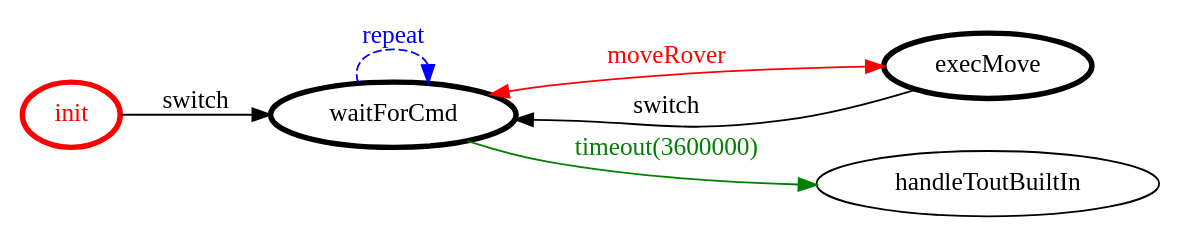
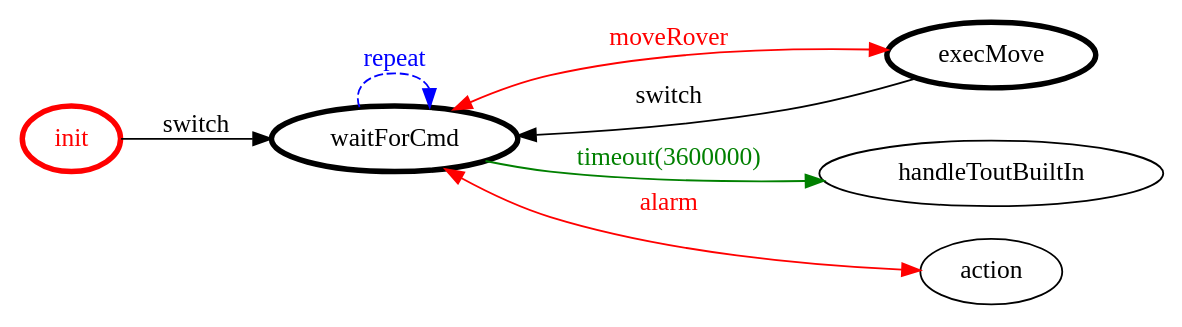
The diagram in it.unibo.mbot.virtual/srcMore/it/unibo/rover/rover.gv (MatteoMendula/iss2018Lab), drawn with Graphviz before and after one commit. The commit also changed 115 other files, not shown here.

```diff
--- a/it.unibo.mbot.virtual/srcMore/it/unibo/rover/rover.gv
+++ b/it.unibo.mbot.virtual/srcMore/it/unibo/rover/rover.gv
@@ -1,21 +1,22 @@
 /*
 *
 * A GraphViz DOT FSM description 
 * Please use a GraphViz visualizer (like http://www.webgraphviz.com)
 *  
 */
 
 digraph finite_state_machine {
 	rankdir=LR
 	size="8,5"
 	
 	init [ color = red ][ fontcolor = red ][ penwidth = 3 ]
 	execMove [ color = black ][ fontcolor = black ][ penwidth = 3 ]
 	waitForCmd [ color = black ][ fontcolor = black ][ penwidth = 3 ]
 	
 	waitForCmd -> execMove [ label = "moveRover" ][ color = red ][ fontcolor = red ][ dir = both ]
 	waitForCmd -> handleToutBuiltIn [ label = "timeout(3600000)" ][ color = green ][ fontcolor = green ]
+	waitForCmd -> action [ label = "alarm" ][ color = red ][ fontcolor = red ][ dir = both ]
 	execMove -> waitForCmd [ label = "switch" ][ color = black ][ fontcolor = black ]
 	init -> waitForCmd [ label = "switch" ][ color = black ][ fontcolor = black ]
 	waitForCmd -> waitForCmd [ label = "repeat "][ style = dashed ][ color = blue ][ fontcolor = blue ]
 }
```
